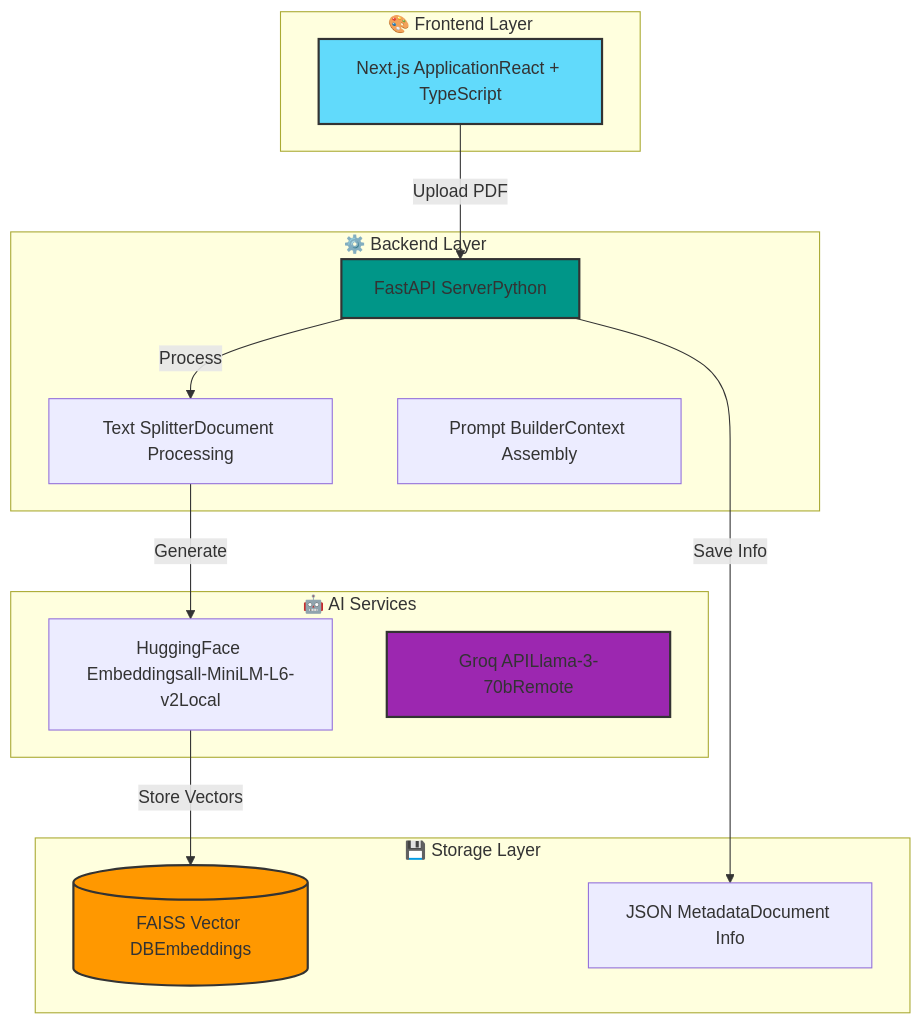
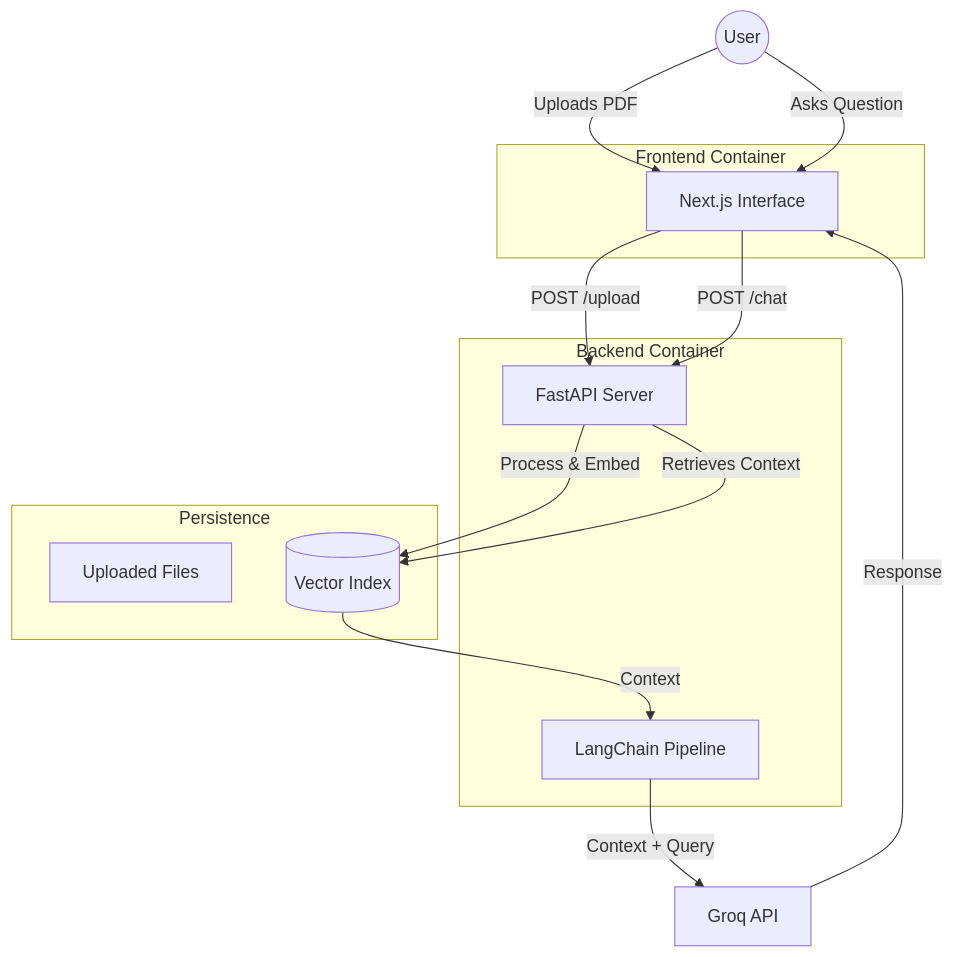
One commit to oumniya03/Projet-rag changed the diagram in README.md. Above: the diagram before and after it, drawn with Mermaid.

````diff
--- a/README.md
+++ b/README.md
@@ -22,33 +20,27 @@
 ```mermaid
-graph TB
-    subgraph "🎨 Frontend Layer"
-        UI[Next.js ApplicationReact + TypeScript]
+graph TD
+    subgraph Frontend [Frontend Container]
+        UI[Next.js Interface]
     end
-    
-    subgraph "⚙️ Backend Layer"
-        API[FastAPI ServerPython]
-        Splitter[Text SplitterDocument Processing]
-        Prompt[Prompt BuilderContext Assembly]
+
+    subgraph Backend [Backend Container]
+        API[FastAPI Server]
+        Chain[LangChain Pipeline]
     end
-    
-    subgraph "💾 Storage Layer"
-        FAISS[(FAISS Vector DBEmbeddings)]
-        META[JSON MetadataDocument Info]
+
+    subgraph Data [Persistence]
+        PDFs[Uploaded Files]
+        FAISS[(Vector Index)]
     end
-    
-    subgraph "🤖 AI Services"
-        EMB[HuggingFace Embeddingsall-MiniLM-L6-v2Local]
-        LLM[Groq APILlama-3-70bRemote]
-    end
-    
-    UI -->|Upload PDF| API
-    API -->|Process| Splitter
-    Splitter -->|Generate| EMB
-    EMB -->|Store Vectors| FAISS
-    API -->|Save Info| META
-    
-    style UI fill:#61dafb,stroke:#333,stroke-width:2px
-    style API fill:#009688,stroke:#333,stroke-width:2px
-    style FAISS fill:#ff9800,stroke:#333,stroke-width:2px
-    style LLM fill:#9c27b0,stroke:#333,stroke-width:2px
+
+    User((User)) -->|Uploads PDF| UI
+    UI -->|POST /upload| API
+    API -->|Process & Embed| FAISS
+
+    User -->|Asks Question| UI
+    UI -->|POST /chat| API
+    API -->|Retrieves Context| FAISS
+    FAISS -->|Context| Chain
+    Chain -->|Context + Query| Groq[Groq API]
+    Groq -->|Response| UI
 ```
````
